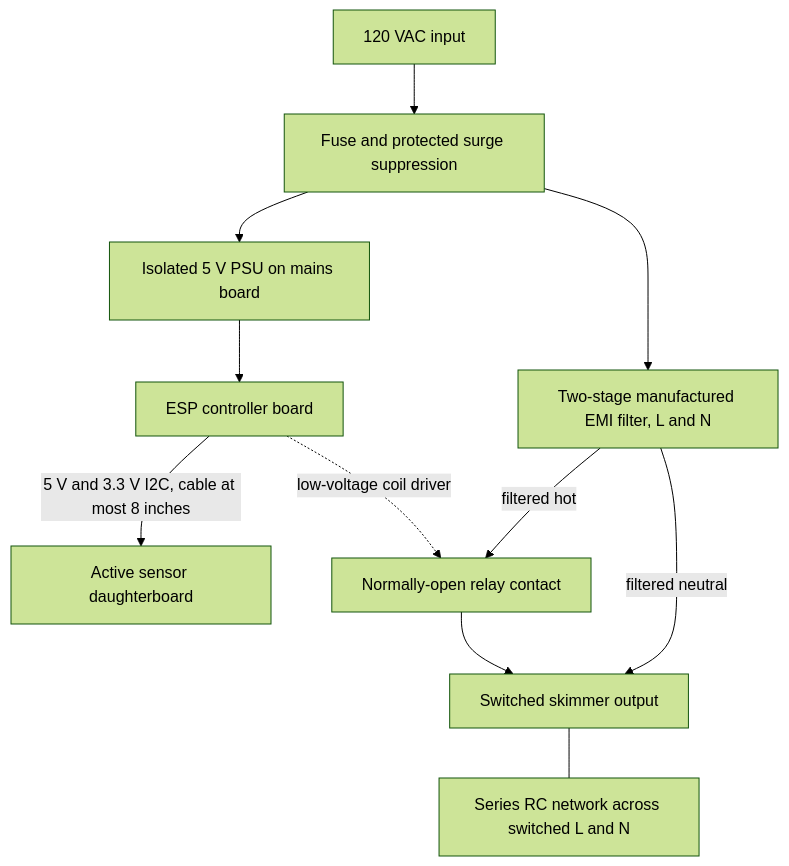
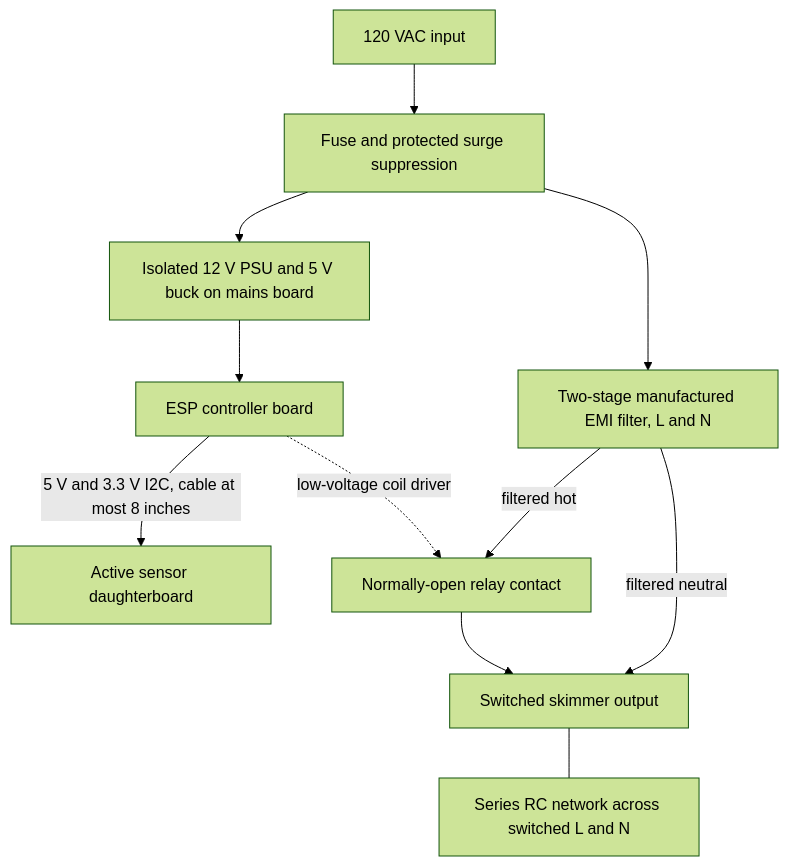
One commit to micthiesen/crystal-shim changed the diagram in docs/overview.md. Above: the diagram before and after it, drawn with Mermaid (forest theme). The commit also changed other lines of this file and 452 other files, not shown here.

````diff
--- a/docs/overview.md
+++ b/docs/overview.md
@@ -37,13 +40,13 @@
 ```mermaid
 flowchart TD
   IN[120 VAC input] --> PROTECT[Fuse and protected surge suppression]
-  PROTECT --> PSU[Isolated 5 V PSU on mains board]
+  PROTECT --> PSU[Isolated 12 V PSU and 5 V buck on mains board]
   PSU --> ESP[ESP controller board]
   ESP -->|5 V and 3.3 V I2C, cable at most 8 inches| SENSOR[Active sensor daughterboard]
   PROTECT --> FILTER[Two-stage manufactured EMI filter, L and N]
   FILTER -->|filtered hot| RELAY[Normally-open relay contact]
   RELAY --> OUT[Switched skimmer output]
   FILTER -->|filtered neutral| OUT
   ESP -.->|low-voltage coil driver| RELAY
   OUT --- RC[Series RC network across switched L and N]
 ```
````
